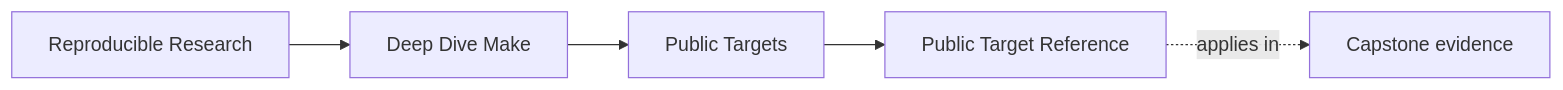
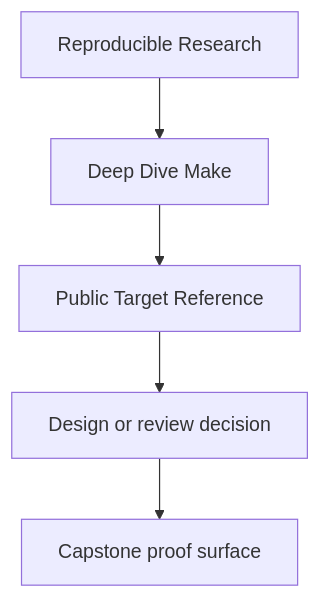
Before and after one commit to bijux/bijux-masterclass: the first of 2 diagrams in programs/reproducible-research/deep-dive-make/course-book/reference/public-targets.md, drawn with Mermaid. The commit also changed other lines of this file and 29 other files, not shown here.

Commit message:
docs(deep-dive-make): sharpen guide and reference diagrams

````diff
--- a/programs/reproducible-research/deep-dive-make/course-book/reference/public-targets.md
+++ b/programs/reproducible-research/deep-dive-make/course-book/reference/public-targets.md
@@ -9,11 +9,7 @@
 ```mermaid
-graph LR
-  family["Reproducible Research"]
-  program["Deep Dive Make"]
-  section["Public Targets"]
-  page["Public Target Reference"]
-  capstone["Capstone evidence"]
-
-  family --> program --> section --> page
-  page -.applies in.-> capstone
+flowchart TD
+  family["Reproducible Research"] --> program["Deep Dive Make"]
+  program --> reference["Public Target Reference"]
+  reference --> review["Design or review decision"]
+  review --> capstone["Capstone proof surface"]
 ```
````
